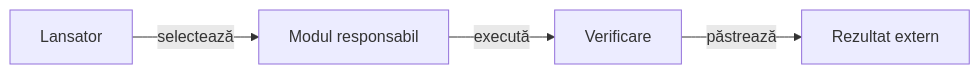
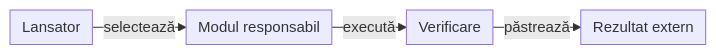
The diagram in scripts/README.md (crististefanita/whist), drawn with Mermaid before and after one commit. The commit also changed 33 other files, not shown here.

````diff
--- a/scripts/README.md
+++ b/scripts/README.md
@@ -25,6 +25,7 @@
 ```mermaid
+%%{init: {"themeVariables":{"fontSize":"15px"},"themeCSS":".edgeLabel, .edgeLabel p { font-size: 12px !important; } .node rect { rx: 6px; ry: 6px; }","flowchart":{"curve":"linear","nodeSpacing":24,"rankSpacing":22,"padding":6},"sequence":{"mirrorActors":false,"messageMargin":24,"wrap":true}}}%%
 flowchart LR
-    RUN[Lansator] -->|selectează| MODULE[Modul responsabil]
-    MODULE -->|execută| CHECK[Verificare]
-    CHECK -->|păstrează| OUT[Rezultat extern]
+    RUN["Lansator"] -->|selectează| MODULE["Modul responsabil"]
+    MODULE -->|execută| CHECK["Verificare"]
+    CHECK -->|păstrează| OUT["Rezultat extern"]
 ```
````
